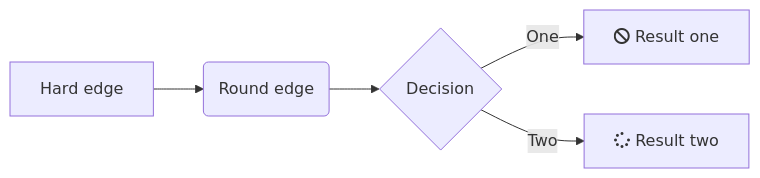
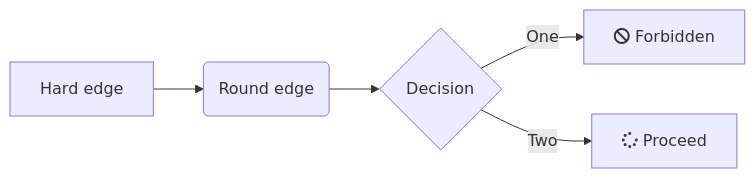
Before and after one commit to gcoulthard/notetaking: the first of 3 diagrams in sample-markdown.md, drawn with Mermaid. The commit also changed other lines of this file, not shown here.

````diff
--- a/sample-markdown.md
+++ b/sample-markdown.md
@@ -56,7 +93,7 @@
 ```mermaid
 graph LR
 A[Hard edge] -->B(Round edge)
     B --> C{Decision}
-    C -->|One| D[fa:fa-ban Result one]
-    C -->|Two| E[fa:fa-spinner Result two]
+    C -->|One| D[fa:fa-ban Forbidden]
+    C -->|Two| E[fa:fa-spinner Proceed]
 ```
````
